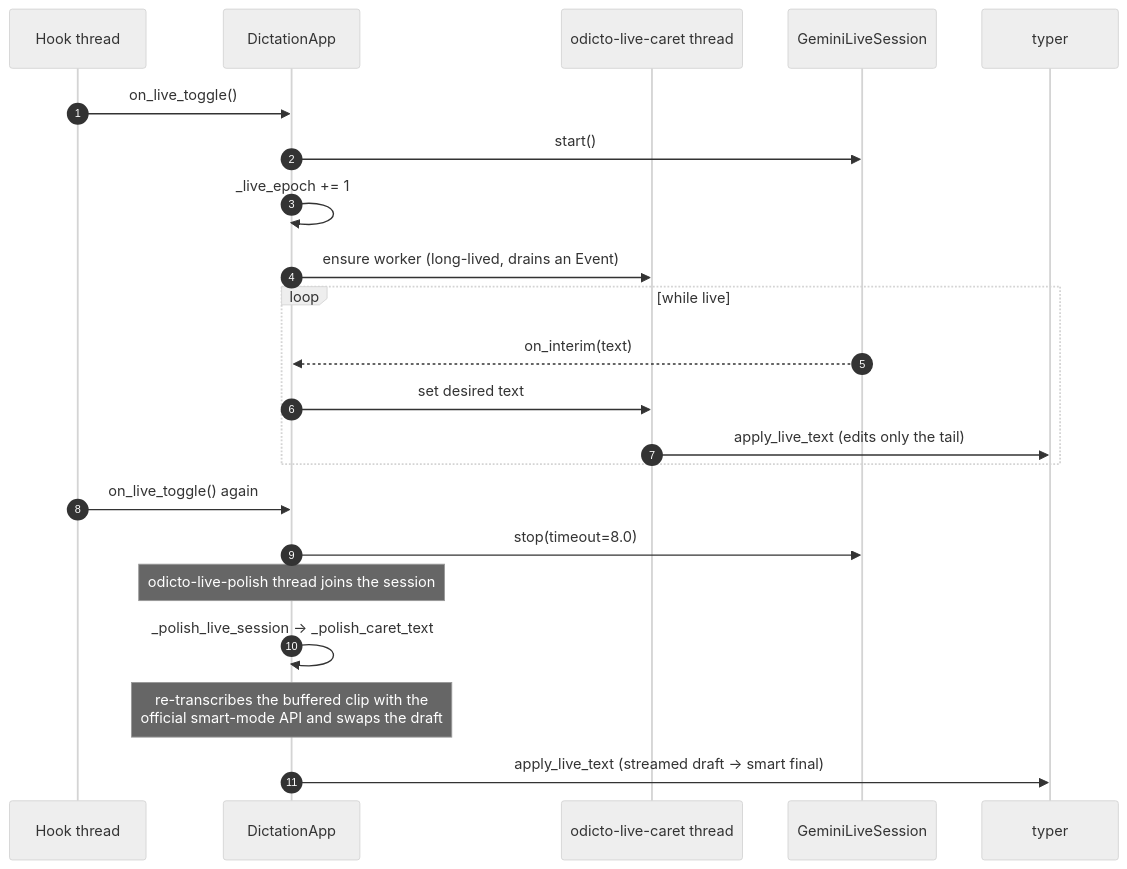
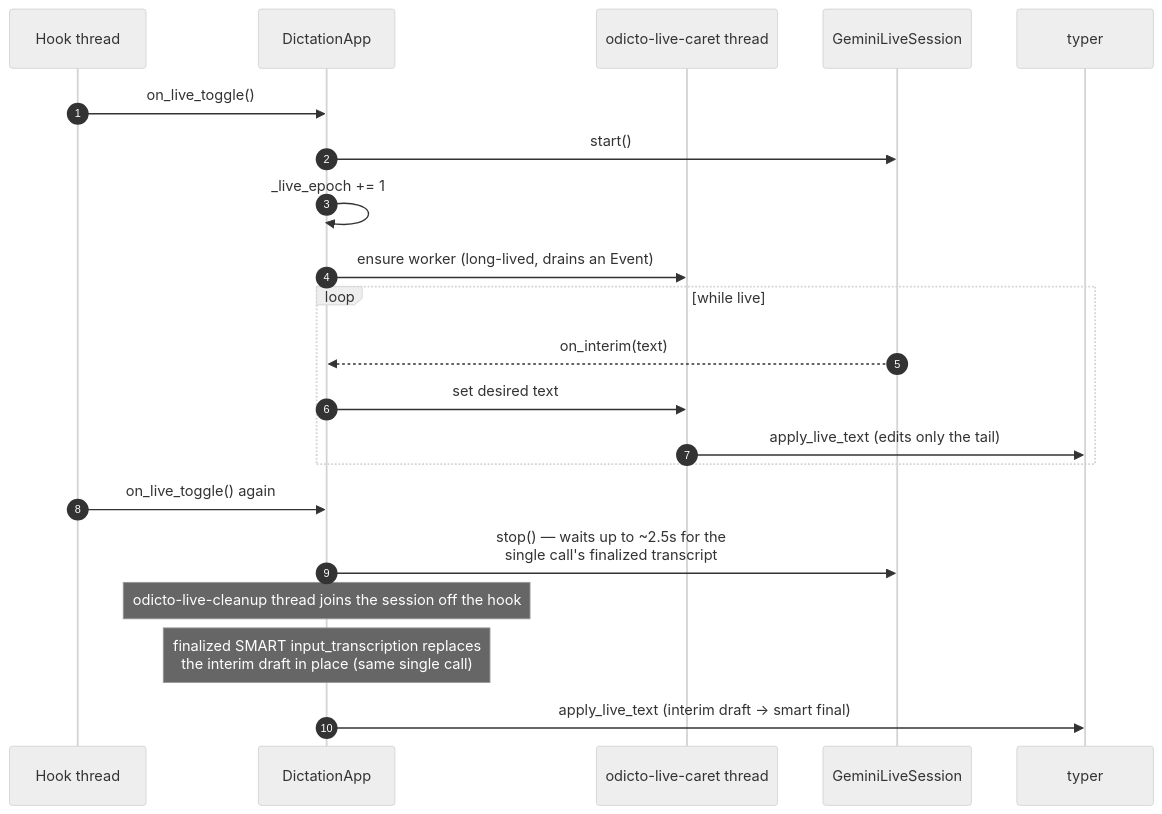
One commit to Gargeya-Grey/Odicto changed the fourth of 7 diagrams in docs/architecture.md. Above: the diagram before and after it, drawn with Mermaid (neutral theme). The commit also changed other lines of this file and 7 other files, not shown here.

First line of the commit message:
refactor: trust the Live API's smart final on F7 stop, drop the polish pass

````diff
--- a/docs/architecture.md
+++ b/docs/architecture.md
@@ -188,25 +188,24 @@
 ```mermaid
 sequenceDiagram
     autonumber
     participant Hook as Hook thread
     participant App as DictationApp
     participant Caret as odicto-live-caret thread
     participant Sess as GeminiLiveSession
     participant Typ as typer
 
     Hook->>App: on_live_toggle()
     App->>Sess: start()
     App->>App: _live_epoch += 1
     App->>Caret: ensure worker (long-lived, drains an Event)
     loop while live
         Sess-->>App: on_interim(text)
         App->>Caret: set desired text
         Caret->>Typ: apply_live_text (edits only the tail)
     end
     Hook->>App: on_live_toggle() again
-    App->>Sess: stop(timeout=8.0)
-    Note over App: odicto-live-polish thread joins the session
-    App->>App: _polish_live_session -> _polish_caret_text
-    Note over App: re-transcribes the buffered clip with the<br/>official smart-mode API and swaps the draft
-    App->>Typ: apply_live_text (streamed draft -> smart final)
+    App->>Sess: stop() — waits up to ~2.5s for the<br/>single call's finalized transcript
+    Note over App: odicto-live-cleanup thread joins the session off the hook
+    Note over App: finalized SMART input_transcription replaces<br/>the interim draft in place (same single call)
+    App->>Typ: apply_live_text (interim draft -> smart final)
 ```
````
